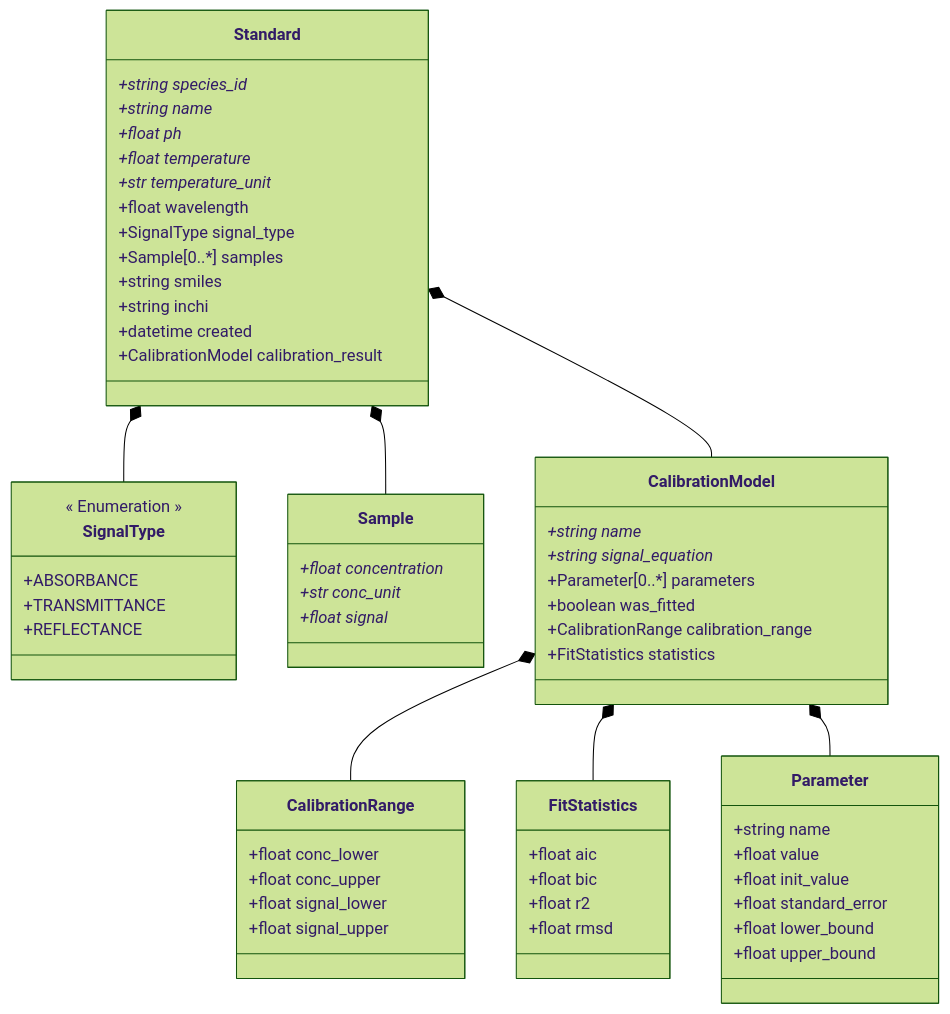
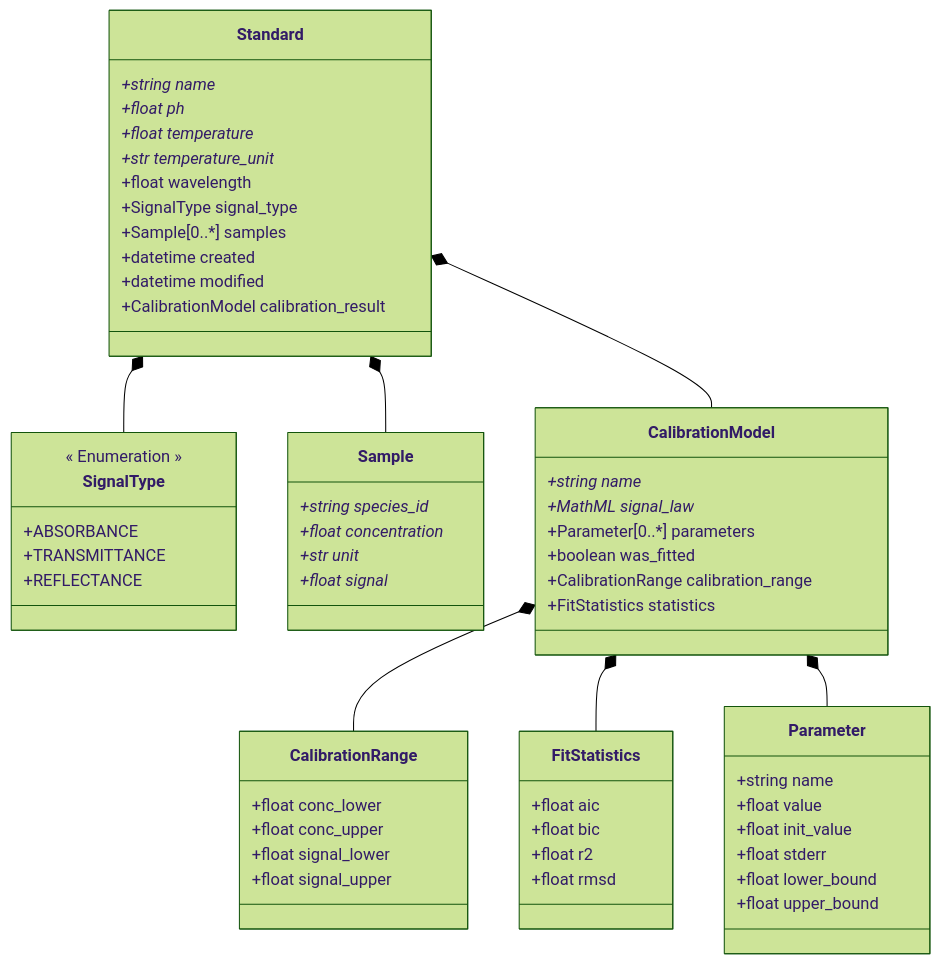
The diagram in CaliPytion/schemes/calipytion_schema.md (FAIRChemistry/datamodel_calibration), drawn with Mermaid (forest theme) before and after one commit. The commit also changed 12 other files, not shown here.

````diff
--- a/CaliPytion/schemes/calipytion_schema.md
+++ b/CaliPytion/schemes/calipytion_schema.md
@@ -1,70 +1,69 @@
 ```mermaid
 classDiagram
     Standard *-- SignalType
     Standard *-- Sample
     Standard *-- CalibrationModel
     CalibrationModel *-- CalibrationRange
     CalibrationModel *-- FitStatistics
     CalibrationModel *-- Parameter
     
     class Standard {
-        +string species_id*
         +string name*
         +float ph*
         +float temperature*
         +str temperature_unit*
         +float wavelength
         +SignalType signal_type
         +Sample[0..*] samples
-        +string smiles
-        +string inchi
         +datetime created
+        +datetime modified
         +CalibrationModel calibration_result
     }
     
     class Sample {
+        +string species_id*
         +float concentration*
-        +str conc_unit*
+        +str unit*
         +float signal*
     }
     
     class CalibrationModel {
         +string name*
-        +string signal_equation*
+        +MathML signal_law*
         +Parameter[0..*] parameters
         +boolean was_fitted
         +CalibrationRange calibration_range
         +FitStatistics statistics
     }
     
     class CalibrationRange {
         +float conc_lower
         +float conc_upper
         +float signal_lower
         +float signal_upper
     }
     
     class FitStatistics {
         +float aic
         +float bic
         +float r2
         +float rmsd
     }
     
     class Parameter {
         +string name
         +float value
         +float init_value
-        +float standard_error
+        +float stderr
         +float lower_bound
         +float upper_bound
     }
     
     class SignalType {
         << Enumeration >>
         +ABSORBANCE
         +TRANSMITTANCE
         +REFLECTANCE
     }
     
 ```
````
